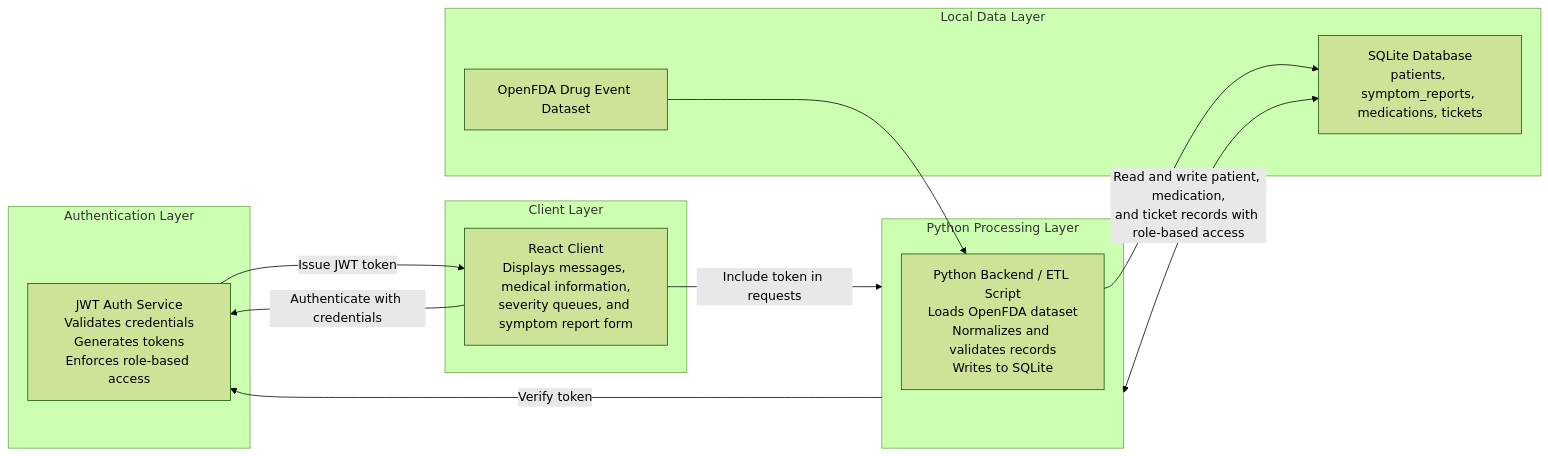
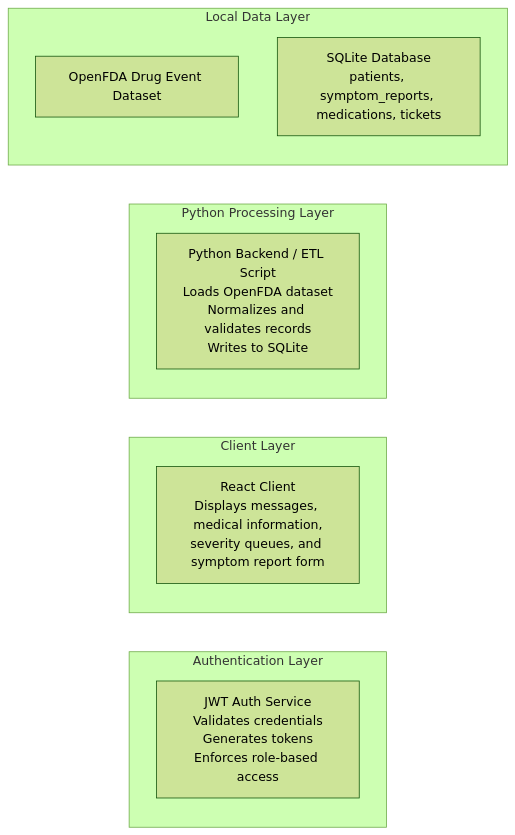
Before and after one commit to bodonnell-DePaul/csc394-5: the diagram in week3-api-documentation/02-architecture.md, drawn with Mermaid (forest theme). The commit also changed other lines of this file, not shown here.

Commit message:
Revise architecture documentation for clarity
Removed authentication flow details and component ownerships.

````diff
--- a/week3-api-documentation/02-architecture.md
+++ b/week3-api-documentation/02-architecture.md
@@ -5,27 +5,20 @@
 ```mermaid
 flowchart LR
     subgraph Auth["Authentication Layer"]
         AuthService["JWT Auth Service<br/>Validates credentials<br/>Generates tokens<br/>Enforces role-based access"]
     end
 
     subgraph Client["Client Layer"]
         UI["React Client<br/>Displays messages, medical information,<br/>severity queues, and symptom report form"]
     end
 
     subgraph Backend["Python Processing Layer"]
         PY["Python Backend / ETL Script<br/>Loads OpenFDA dataset<br/>Normalizes and validates records<br/>Writes to SQLite"]
     end
 
     subgraph Data["Local Data Layer"]
         Dataset["OpenFDA Drug Event Dataset"]
         SQLite["SQLite Database<br/>patients, symptom_reports, medications, tickets"]
     end
 
-    UI -->|"Authenticate with credentials"| AuthService
-    AuthService -->|"Issue JWT token"| UI
-    UI -->|"Include token in requests"| Backend
-    Backend -->|"Verify token"| AuthService
-    Dataset --> PY
-    PY --> SQLite
-    Backend <-->|"Read and write patient, medication,<br/>and ticket records with role-based access"| SQLite
 ```
````
